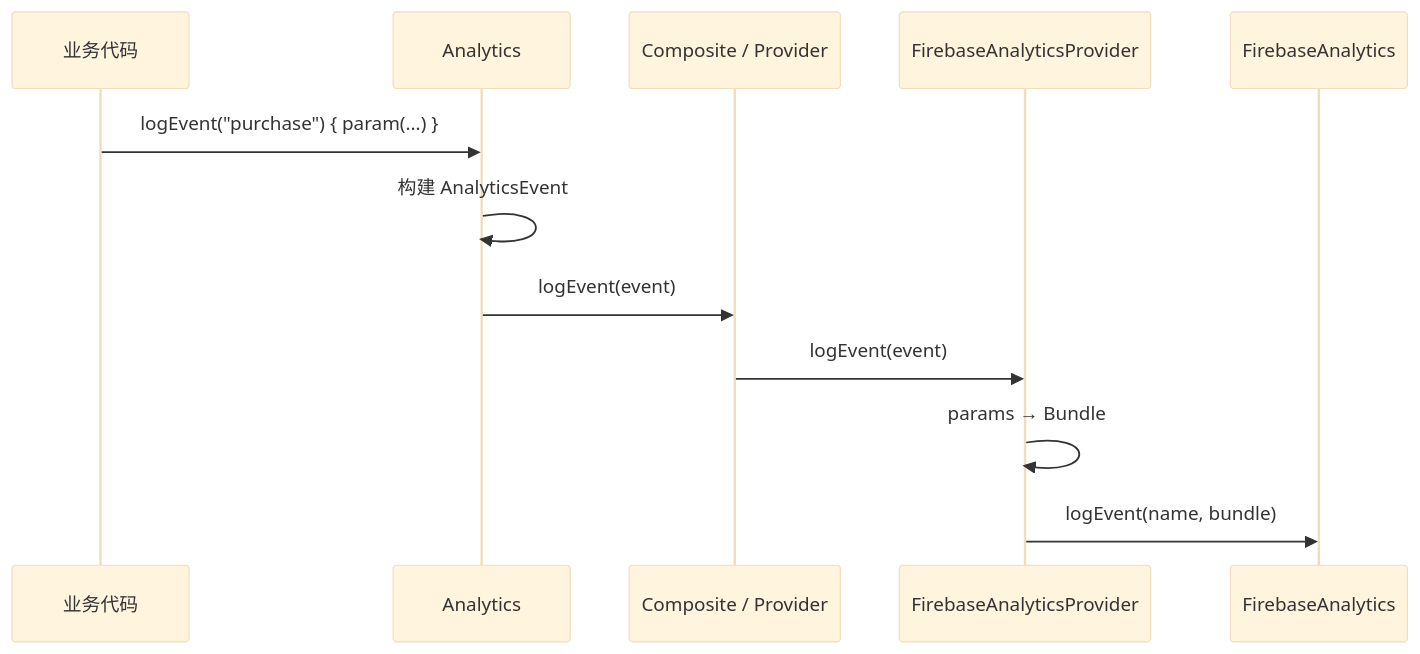
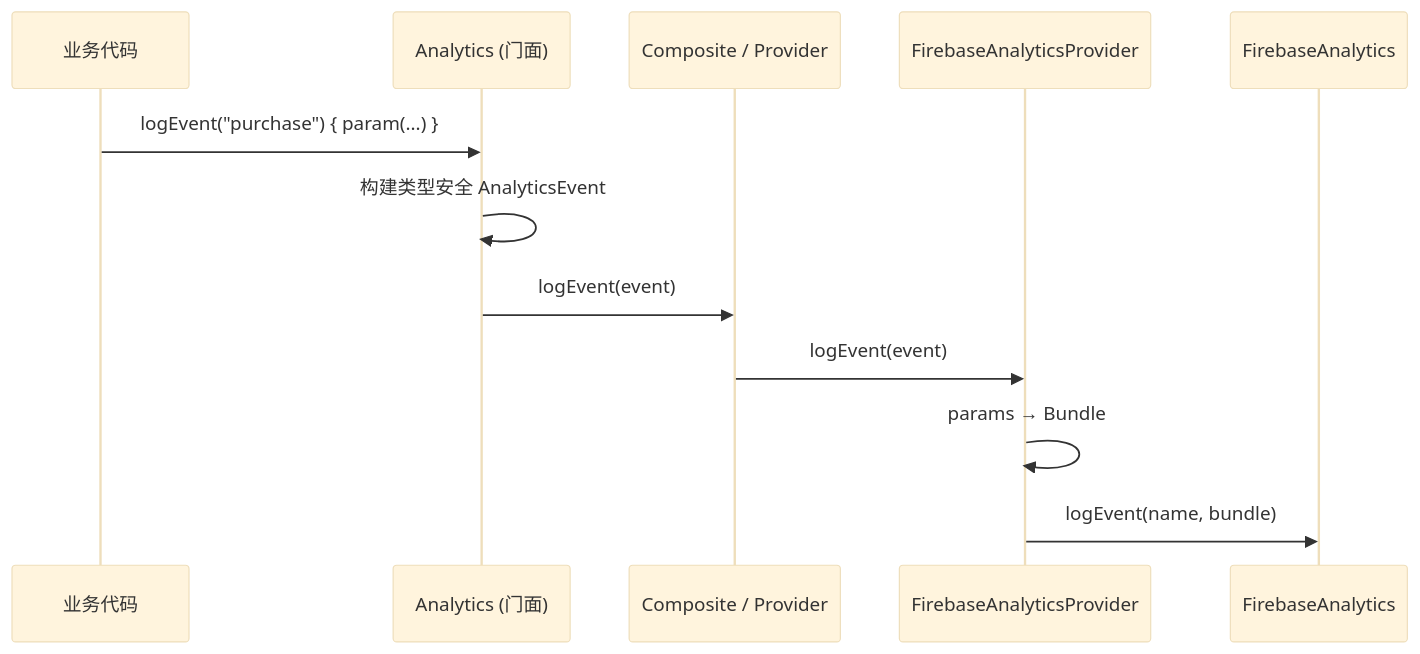
The second of 2 diagrams in README.md (e-hai/AnalyticsKit-Android), drawn with Mermaid (base theme) before and after one commit. The commit also changed other lines of this file and 2 other files, not shown here.

````diff
--- a/README.md
+++ b/README.md
@@ -52,15 +64,15 @@
 ```mermaid
 sequenceDiagram
     participant App as 业务代码
-    participant A as Analytics
+    participant A as Analytics (门面)
     participant C as Composite / Provider
     participant F as FirebaseAnalyticsProvider
     participant SDK as FirebaseAnalytics
 
     App->>A: logEvent("purchase") { param(...) }
-    A->>A: 构建 AnalyticsEvent
+    A->>A: 构建类型安全 AnalyticsEvent
     A->>C: logEvent(event)
     C->>F: logEvent(event)
     F->>F: params → Bundle
     F->>SDK: logEvent(name, bundle)
 ```
````
